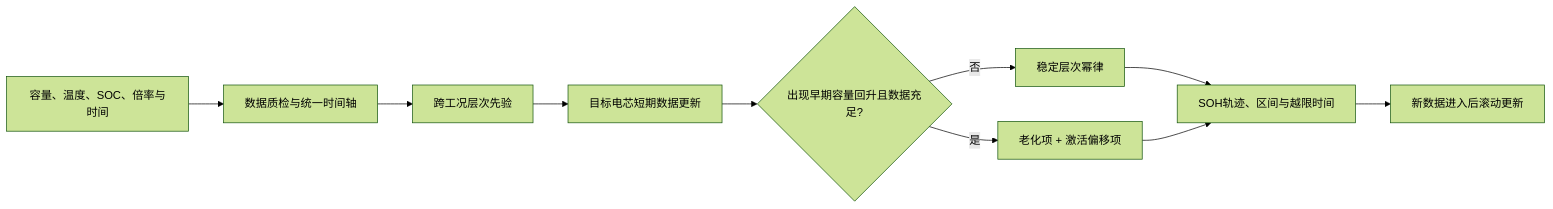
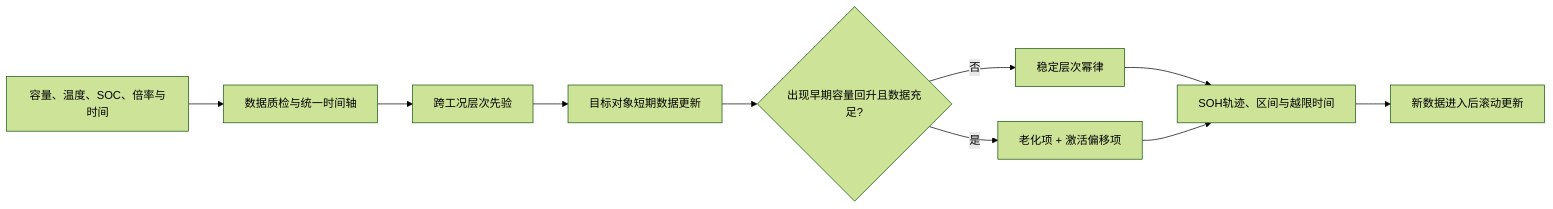
Before and after one commit to packl686-arch/LifeTwin-LFP-SOH: the diagram in README.md, drawn with Mermaid (forest theme). The commit also changed other lines of this file and 33 other files, not shown here.

````diff
--- a/README.md
+++ b/README.md
@@ -24,12 +27,12 @@
 ```mermaid
 flowchart LR
     A["容量、温度、SOC、倍率与时间"] --> B["数据质检与统一时间轴"]
     B --> C["跨工况层次先验"]
-    C --> D["目标电芯短期数据更新"]
+    C --> D["目标对象短期数据更新"]
     D --> E{"出现早期容量回升且数据充足?"}
     E -- "否" --> F["稳定层次幂律"]
     E -- "是" --> G["老化项 + 激活偏移项"]
     F --> H["SOH轨迹、区间与越限时间"]
     G --> H
     H --> I["新数据进入后滚动更新"]
 ```
````
